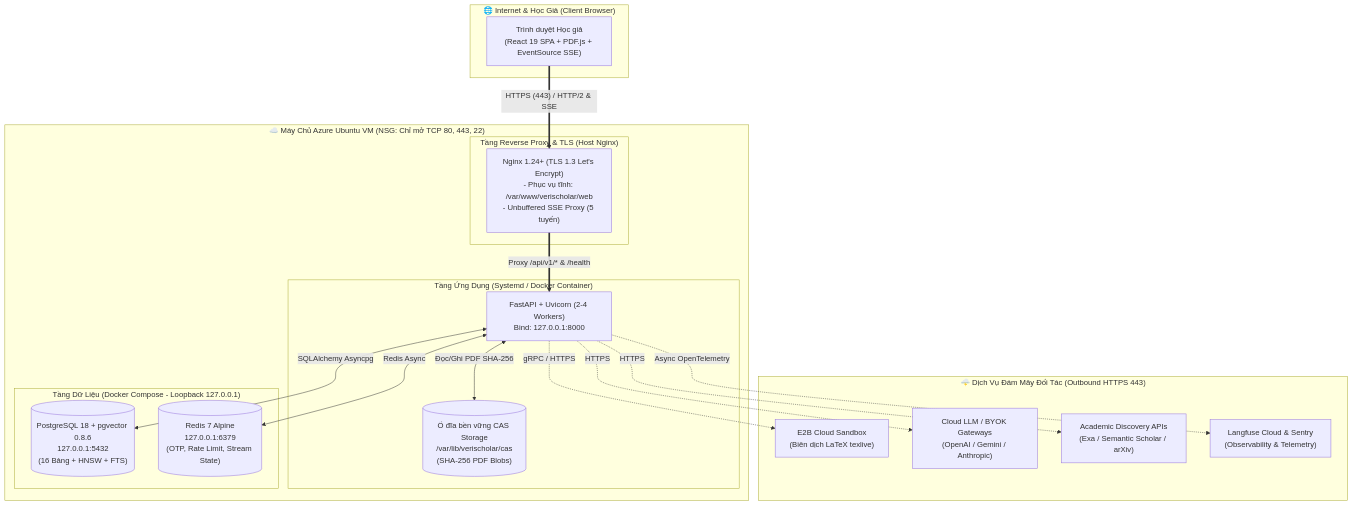
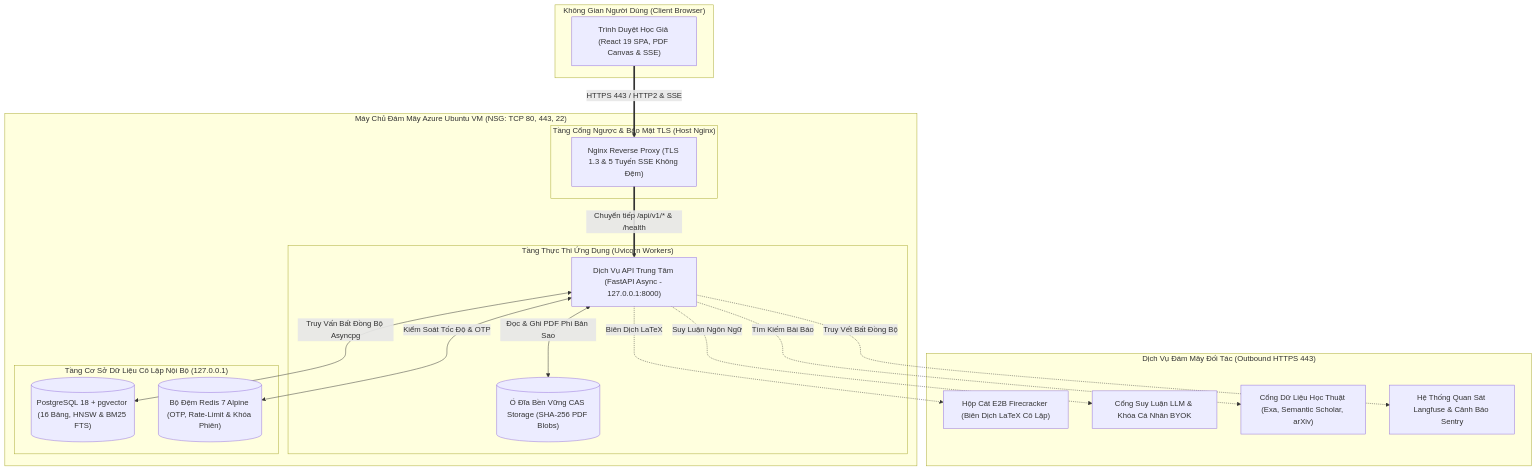
Before and after one commit to dammanhdungvn/VeriScholar: the diagram in docs/specs/09-deployment-cicd-and-evaluation-spec.md, drawn with Mermaid. The commit also changed 21 other files, not shown here.

Commit message:
docs(diagrams): upgrade PRD and Spec Mermaid diagrams to paper-grade conceptual and UML standard

````diff
--- a/docs/specs/09-deployment-cicd-and-evaluation-spec.md
+++ b/docs/specs/09-deployment-cicd-and-evaluation-spec.md
@@ -14,39 +14,39 @@
 ```mermaid
 flowchart TD
-    subgraph INTERNET ["🌐 Internet & Học Giả (Client Browser)"]
-        Browser["Trình duyệt Học giả<br/>(React 19 SPA + PDF.js + EventSource SSE)"]
+    subgraph INTERNET ["Không Gian Người Dùng (Client Browser)"]
+        Browser["Trình Duyệt Học Giả (React 19 SPA, PDF Canvas & SSE)"]
     end
 
-    subgraph AZURE_VM ["☁️ Máy Chủ Azure Ubuntu VM (NSG: Chỉ mở TCP 80, 443, 22)"]
-        subgraph EDGE ["Tầng Reverse Proxy & TLS (Host Nginx)"]
-            Nginx["Nginx 1.24+ (TLS 1.3 Let's Encrypt)<br/>- Phục vụ tĩnh: /var/www/verischolar/web<br/>- Unbuffered SSE Proxy (5 tuyến)"]
+    subgraph AZURE_VM ["Máy Chủ Đám Mây Azure Ubuntu VM (NSG: TCP 80, 443, 22)"]
+        subgraph EDGE ["Tầng Cổng Ngược & Bảo Mật TLS (Host Nginx)"]
+            Nginx["Nginx Reverse Proxy (TLS 1.3 & 5 Tuyến SSE Không Đệm)"]
         end
 
-        subgraph APP_RUNTIME ["Tầng Ứng Dụng (Systemd / Docker Container)"]
-            FastAPI["FastAPI + Uvicorn (2-4 Workers)<br/>Bind: 127.0.0.1:8000"]
-            CAS[("Ổ đĩa bền vững CAS Storage<br/>/var/lib/verischolar/cas<br/>(SHA-256 PDF Blobs)")]
+        subgraph APP_RUNTIME ["Tầng Thực Thi Ứng Dụng (Uvicorn Workers)"]
+            FastAPI["Dịch Vụ API Trung Tâm (FastAPI Async - 127.0.0.1:8000)"]
+            CAS[("Ổ Đĩa Bền Vững CAS Storage (SHA-256 PDF Blobs)")]
         end
 
-        subgraph DATA_CONTAINERS ["Tầng Dữ Liệu (Docker Compose - Loopback 127.0.0.1)"]
-            PG[("PostgreSQL 18 + pgvector 0.8.6<br/>127.0.0.1:5432<br/>(16 Bảng + HNSW + FTS)")]
-            Redis[("Redis 7 Alpine<br/>127.0.0.1:6379<br/>(OTP, Rate Limit, Stream State)")]
+        subgraph DATA_CONTAINERS ["Tầng Cơ Sở Dữ Liệu Cô Lập Nội Bộ (127.0.0.1)"]
+            PG[("PostgreSQL 18 + pgvector (16 Bảng, HNSW & BM25 FTS)")]
+            Redis[("Bộ Đệm Redis 7 Alpine (OTP, Rate-Limit & Khóa Phiên)")]
         end
     end
 
-    subgraph EXTERNAL_CLOUD ["🌩️ Dịch Vụ Đám Mây Đối Tác (Outbound HTTPS 443)"]
-        E2B["E2B Cloud Sandbox<br/>(Biên dịch LaTeX texlive)"]
-        LLMs["Cloud LLM / BYOK Gateways<br/>(OpenAI / Gemini / Anthropic)"]
-        ScholarAPIs["Academic Discovery APIs<br/>(Exa / Semantic Scholar / arXiv)"]
-        Langfuse["Langfuse Cloud & Sentry<br/>(Observability & Telemetry)"]
+    subgraph EXTERNAL_CLOUD ["Dịch Vụ Đám Mây Đối Tác (Outbound HTTPS 443)"]
+        E2B["Hộp Cát E2B Firecracker (Biên Dịch LaTeX Cô Lập)"]
+        LLMs["Cổng Suy Luận LLM & Khóa Cá Nhân BYOK"]
+        ScholarAPIs["Cổng Dữ Liệu Học Thuật (Exa, Semantic Scholar, arXiv)"]
+        Langfuse["Hệ Thống Quan Sát Langfuse & Cảnh Báo Sentry"]
     end
 
-    Browser ==>|"HTTPS (443) / HTTP/2 & SSE"| Nginx
-    Nginx ==>|"Proxy /api/v1/* & /health"| FastAPI
-    FastAPI <-->|"Đọc/Ghi PDF SHA-256"| CAS
-    FastAPI <-->|"SQLAlchemy Asyncpg"| PG
-    FastAPI <-->|"Redis Async"| Redis
-    FastAPI -.->|"gRPC / HTTPS"| E2B
-    FastAPI -.->|"HTTPS"| LLMs
-    FastAPI -.->|"HTTPS"| ScholarAPIs
-    FastAPI -.->|"Async OpenTelemetry"| Langfuse
+    Browser ==>|"HTTPS 443 / HTTP2 & SSE"| Nginx
+    Nginx ==>|"Chuyển tiếp /api/v1/* & /health"| FastAPI
+    FastAPI <-->|"Đọc & Ghi PDF Phi Bản Sao"| CAS
+    FastAPI <-->|"Truy Vấn Bất Đồng Bộ Asyncpg"| PG
+    FastAPI <-->|"Kiểm Soát Tốc Độ & OTP"| Redis
+    FastAPI -.->|"Biên Dịch LaTeX"| E2B
+    FastAPI -.->|"Suy Luận Ngôn Ngữ"| LLMs
+    FastAPI -.->|"Tìm Kiếm Bài Báo"| ScholarAPIs
+    FastAPI -.->|"Truy Vết Bất Đồng Bộ"| Langfuse
 ```
````
